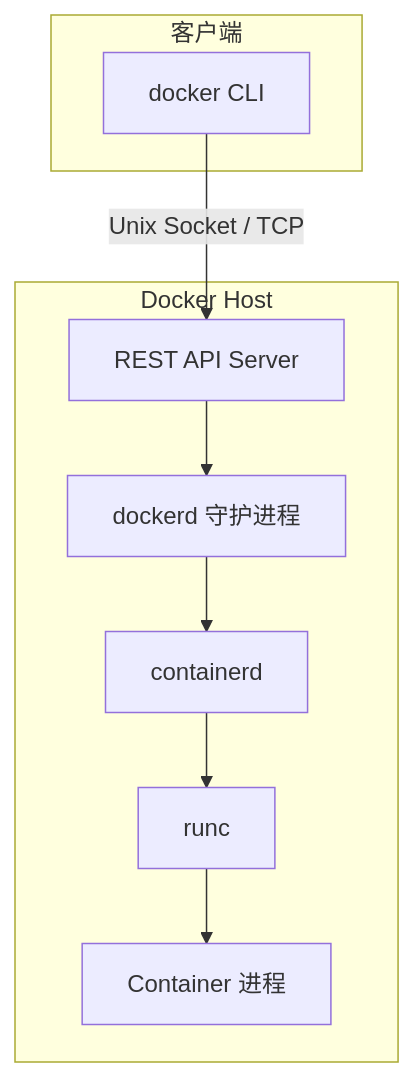
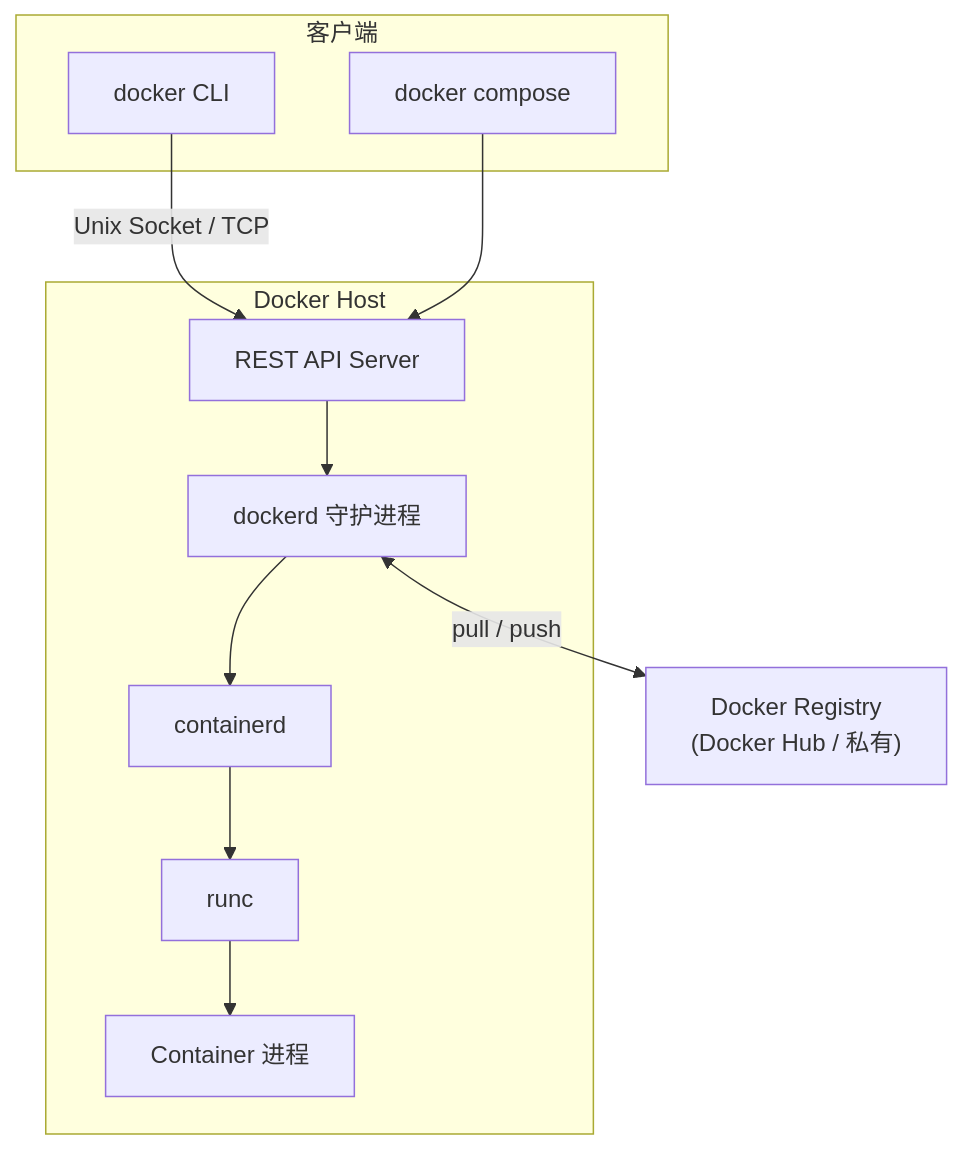
One commit to langkemaoxin/langkemaoxin.github.io changed the diagram in src/云原生/docker/docker-02-engine-platform.md. Above: the diagram before and after it, drawn with Mermaid. The commit also changed other lines of this file, not shown here.

First line of the commit message:
docs(docker): 02 Engine 篇按 2026 版官方文档重构

````diff
--- a/src/云原生/docker/docker-02-engine-platform.md
+++ b/src/云原生/docker/docker-02-engine-platform.md
@@ -60,18 +63,22 @@
 ```mermaid
 flowchart TB
     subgraph Client["客户端"]
         CLI["docker CLI"]
+        CMP["docker compose"]
     end
     subgraph Host["Docker Host"]
         API["REST API Server"]
         DD["dockerd 守护进程"]
         CTD["containerd"]
         RC["runc"]
         C["Container 进程"]
     end
+    REG["Docker Registry<br/>(Docker Hub / 私有)"]
     CLI -->|"Unix Socket / TCP"| API
+    CMP --> API
     API --> DD
     DD --> CTD
     CTD --> RC
     RC --> C
+    DD <-->|"pull / push"| REG
 ```
````
